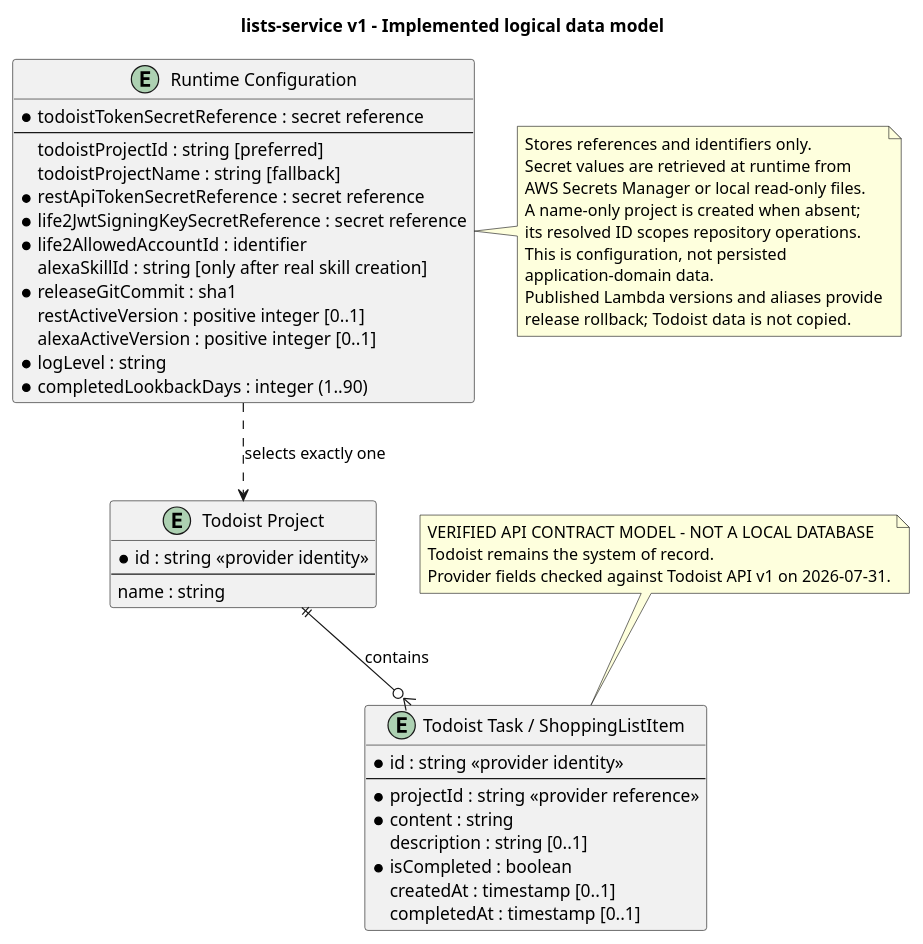
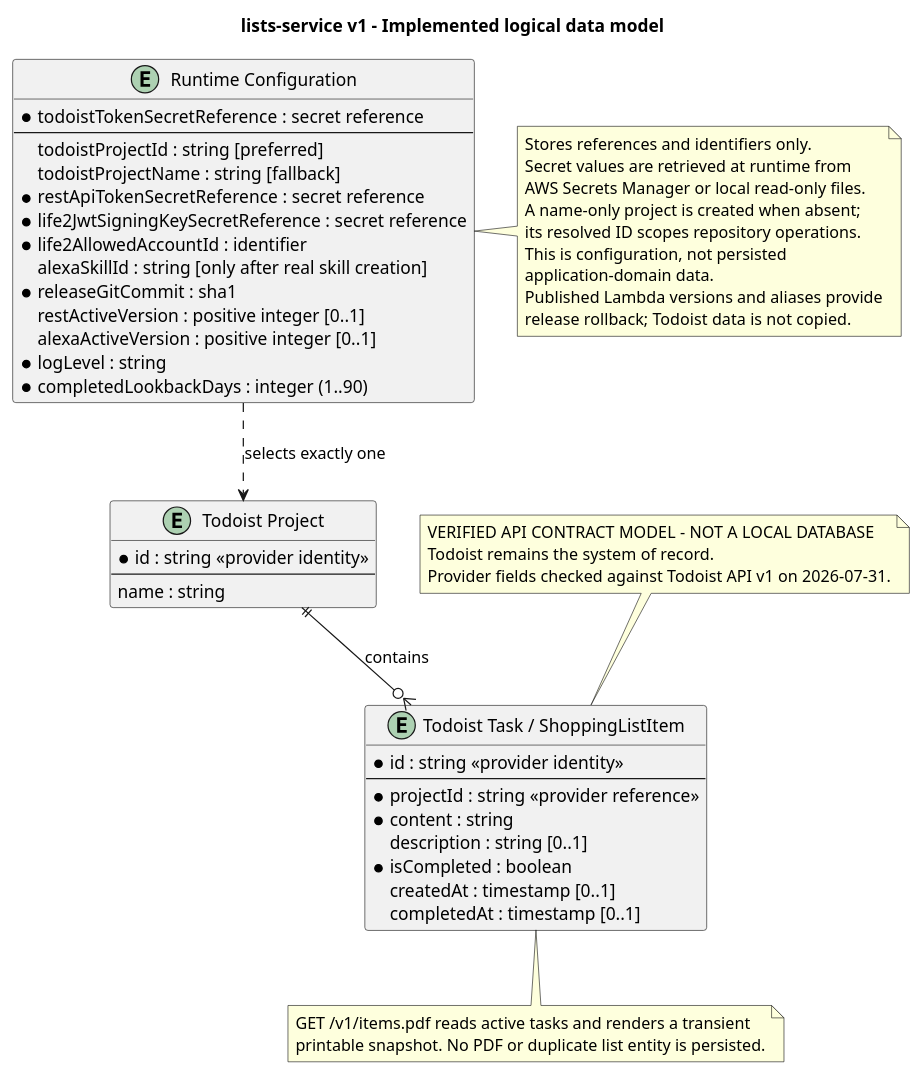
One commit to ralfepoisson/lists-service changed the diagram in docs/architecture/erd.puml. Above: the diagram before and after it, drawn with PlantUML. The commit also changed 16 other files, not shown here.

Commit message:
feat: generate printable shopping list PDF

```diff
--- a/docs/architecture/erd.puml
+++ b/docs/architecture/erd.puml
@@ -1,64 +1,69 @@
 @startuml
 title lists-service v1 - Implemented logical data model
 
 hide methods
 hide stereotypes
 skinparam shadowing false
 
 note as StatusNote
   VERIFIED API CONTRACT MODEL - NOT A LOCAL DATABASE
   Todoist remains the system of record.
   Provider fields checked against Todoist API v1 on 2026-07-31.
 end note
 
 entity "Todoist Project" as Project {
   * id : string <<provider identity>>
   --
   name : string
 }
 
 entity "Todoist Task / ShoppingListItem" as Item {
   * id : string <<provider identity>>
   --
   * projectId : string <<provider reference>>
   * content : string
   description : string [0..1]
   * isCompleted : boolean
   createdAt : timestamp [0..1]
   completedAt : timestamp [0..1]
 }
 
 entity "Runtime Configuration" as Configuration {
   * todoistTokenSecretReference : secret reference
   --
   todoistProjectId : string [preferred]
   todoistProjectName : string [fallback]
   * restApiTokenSecretReference : secret reference
   * life2JwtSigningKeySecretReference : secret reference
   * life2AllowedAccountId : identifier
   alexaSkillId : string [only after real skill creation]
   * releaseGitCommit : sha1
   restActiveVersion : positive integer [0..1]
   alexaActiveVersion : positive integer [0..1]
   * logLevel : string
   * completedLookbackDays : integer (1..90)
 }
 
 Project ||--o{ Item : contains
 Configuration ..> Project : selects exactly one
 
 note right of Configuration
   Stores references and identifiers only.
   Secret values are retrieved at runtime from
   AWS Secrets Manager or local read-only files.
   A name-only project is created when absent;
   its resolved ID scopes repository operations.
   This is configuration, not persisted
   application-domain data.
   Published Lambda versions and aliases provide
   release rollback; Todoist data is not copied.
 end note
 
+note bottom of Item
+  GET /v1/items.pdf reads active tasks and renders a transient
+  printable snapshot. No PDF or duplicate list entity is persisted.
+end note
+
 StatusNote .. Item
 
 @enduml
```
